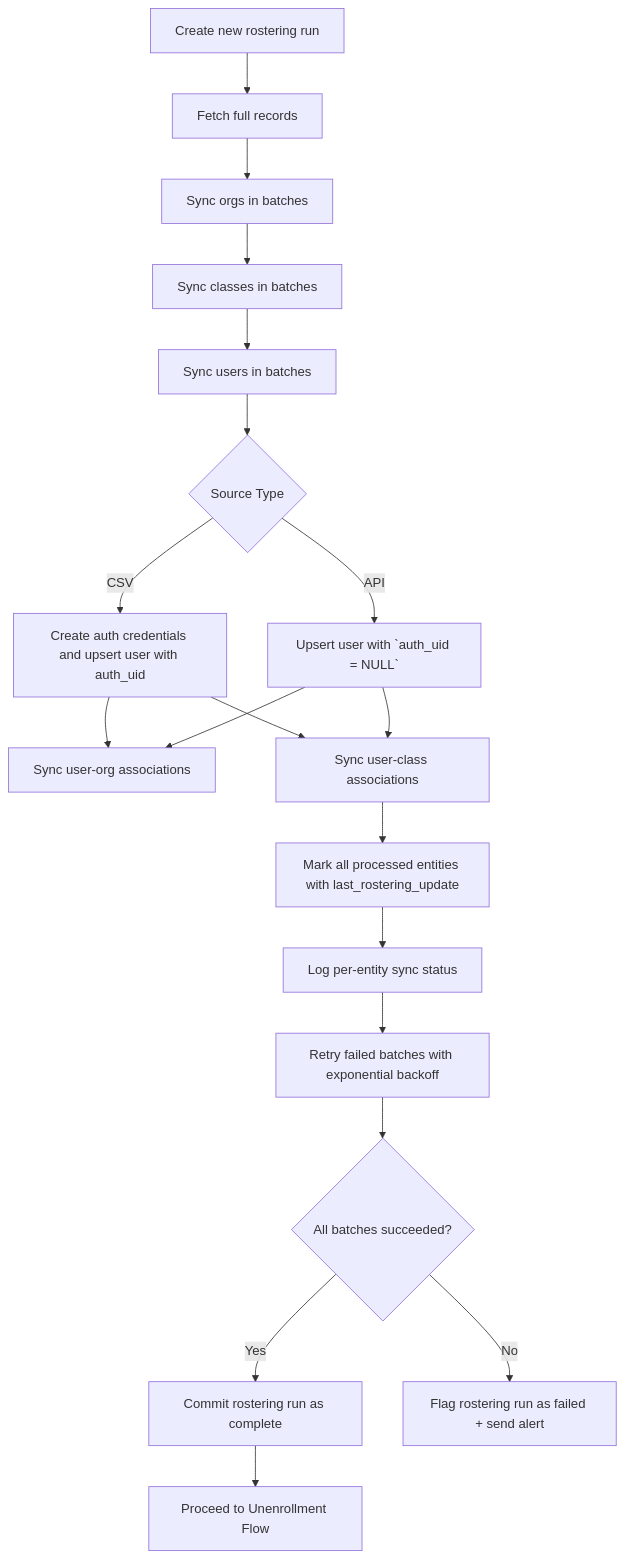
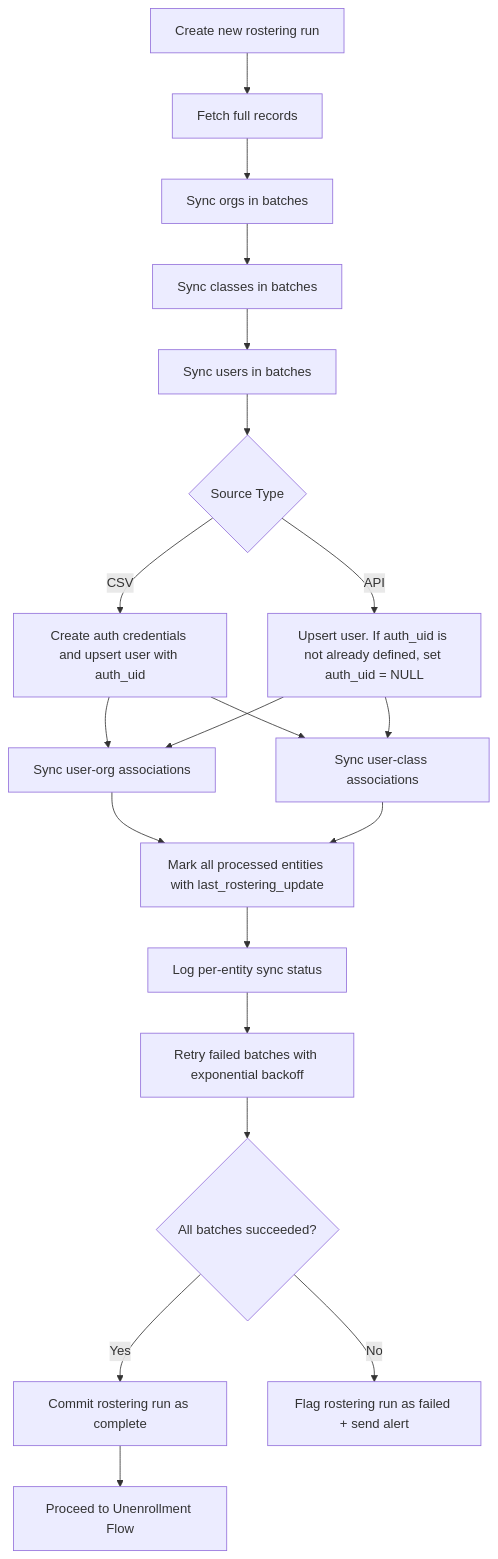
One commit to yeatmanlab/roar-docs changed the first of 4 diagrams in docs/developer/tech-specs/backend/rostering-integration.md. Above: the diagram before and after it, drawn with Mermaid. The commit also changed other lines of this file, not shown here.

Commit message:
Add rostering validation flow

````diff
--- a/docs/developer/tech-specs/backend/rostering-integration.md
+++ b/docs/developer/tech-specs/backend/rostering-integration.md
@@ -31,19 +31,19 @@
 ```mermaid
 graph TD
   A[Create new rostering run] --> B[Fetch full records]
   B --> C1[Sync orgs in batches]
   C1 --> C2[Sync classes in batches]
   C2 --> C3[Sync users in batches]
   C3 --> C4{Source Type}
   C4 --> |CSV| C5[Create auth credentials and upsert user with auth_uid]
-  C4 --> |API| C6[Upsert user with `auth_uid = NULL`]
+  C4 --> |API| C6[Upsert user. If auth_uid is not already defined, set auth_uid = NULL]
   C5 & C6 --> C7[Sync user-org associations]
   C5 & C6 --> C8[Sync user-class associations]
-  C8 --> D[Mark all processed entities with last_rostering_update]
+  C7 & C8 --> D[Mark all processed entities with last_rostering_update]
   D --> E[Log per-entity sync status]
   E --> F[Retry failed batches with exponential backoff]
   F --> G{All batches succeeded?}
   G -->|Yes| H[Commit rostering run as complete]
   G -->|No| I[Flag rostering run as failed + send alert]
   H --> J[Proceed to Unenrollment Flow]
 ```
````
